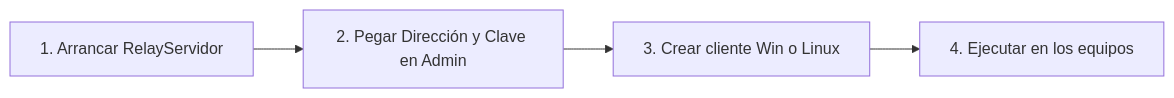
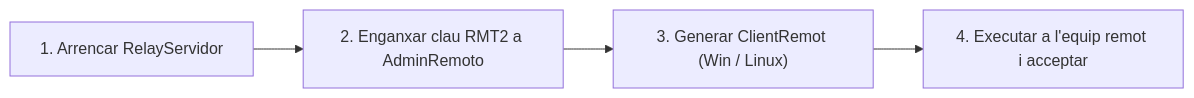
One commit to jaanque/Gecko changed the second of 2 diagrams in README.md. Above: the diagram before and after it, drawn with Mermaid. The commit also changed other lines of this file, not shown here.

````diff
--- a/README.md
+++ b/README.md
@@ -34,6 +184,6 @@
 ```mermaid
 flowchart LR
-    S1["1. Arrancar RelayServidor"] --> S2["2. Pegar Dirección y Clave en Admin"]
-    S2 --> S3["3. Crear cliente Win o Linux"]
-    S3 --> S4["4. Ejecutar en los equipos"]
+    S1["1. Arrencar RelayServidor"] --> S2["2. Enganxar clau RMT2 a AdminRemoto"]
+    S2 --> S3["3. Generar ClientRemot (Win / Linux)"]
+    S3 --> S4["4. Executar a l'equip remot i acceptar"]
 ```
````
